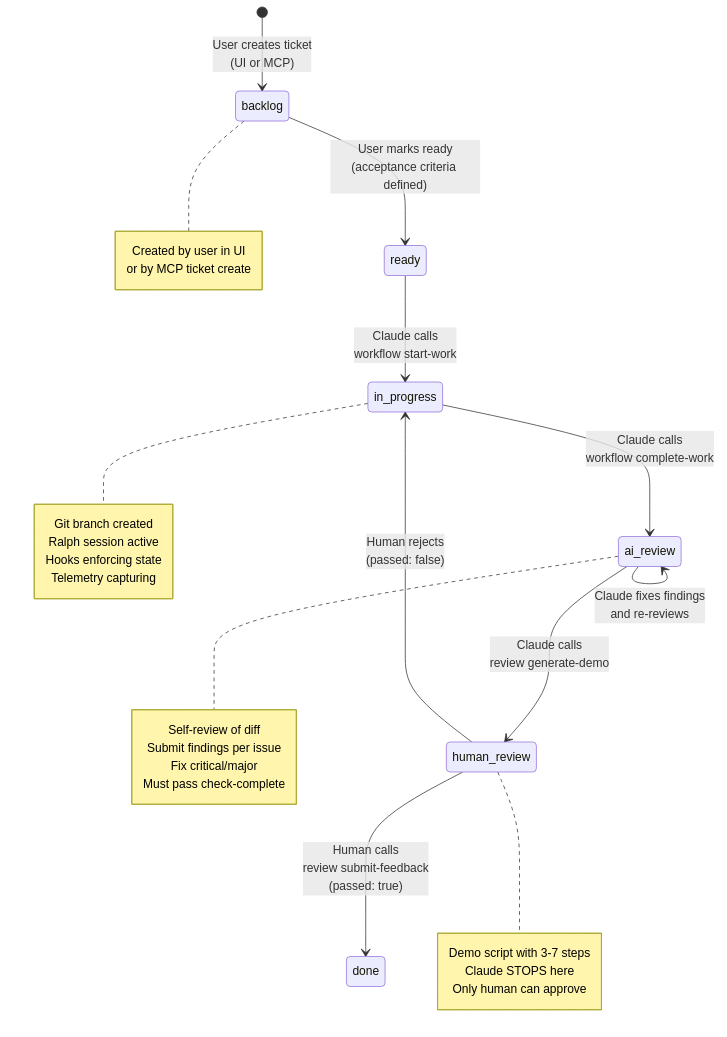
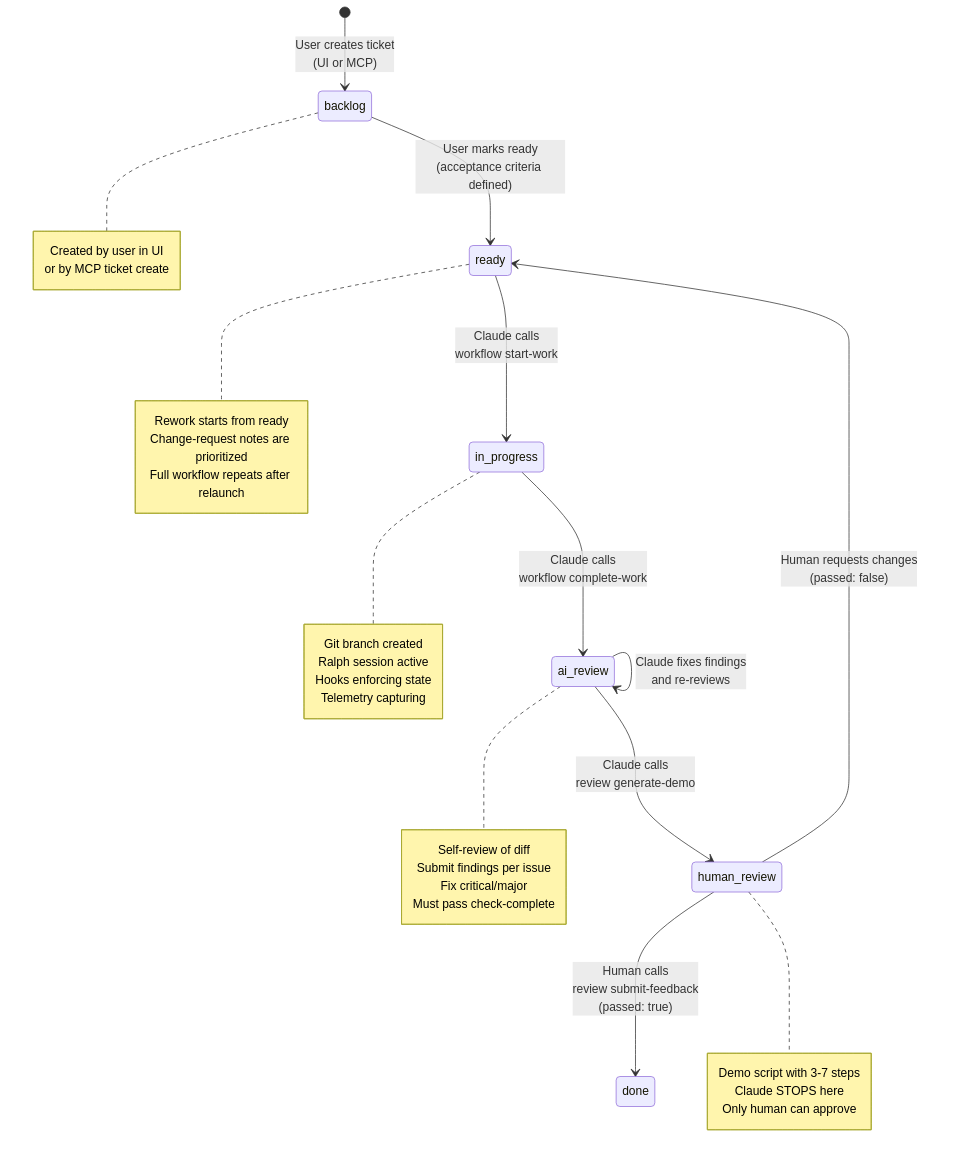
The first of 15 diagrams in docs/claude-flow-ticket-lifecycle.md (salmanrrana/brain-dump), drawn with Mermaid before and after one commit. The commit also changed other lines of this file and 30 other files, not shown here.

First line of the commit message:
Human Review Change Requests (#131)

````diff
--- a/docs/claude-flow-ticket-lifecycle.md
+++ b/docs/claude-flow-ticket-lifecycle.md
@@ -7,43 +7,49 @@
 ```mermaid
 stateDiagram-v2
     [*] --> backlog: User creates ticket<br/>(UI or MCP)
 
     backlog --> ready: User marks ready<br/>(acceptance criteria defined)
 
     ready --> in_progress: Claude calls<br/>workflow start-work
 
     in_progress --> ai_review: Claude calls<br/>workflow complete-work
 
     ai_review --> ai_review: Claude fixes findings<br/>and re-reviews
 
     ai_review --> human_review: Claude calls<br/>review generate-demo
 
     human_review --> done: Human calls<br/>review submit-feedback<br/>(passed: true)
 
-    human_review --> in_progress: Human rejects<br/>(passed: false)
+    human_review --> ready: Human requests changes<br/>(passed: false)
 
     note right of backlog
         Created by user in UI
         or by MCP ticket create
     end note
 
     note right of in_progress
         Git branch created
         Ralph session active
         Hooks enforcing state
         Telemetry capturing
     end note
 
     note right of ai_review
         Self-review of diff
         Submit findings per issue
         Fix critical/major
         Must pass check-complete
     end note
 
     note right of human_review
         Demo script with 3-7 steps
         Claude STOPS here
         Only human can approve
     end note
+
+    note right of ready
+        Rework starts from ready
+        Change-request notes are prioritized
+        Full workflow repeats after relaunch
+    end note
 ```
````
